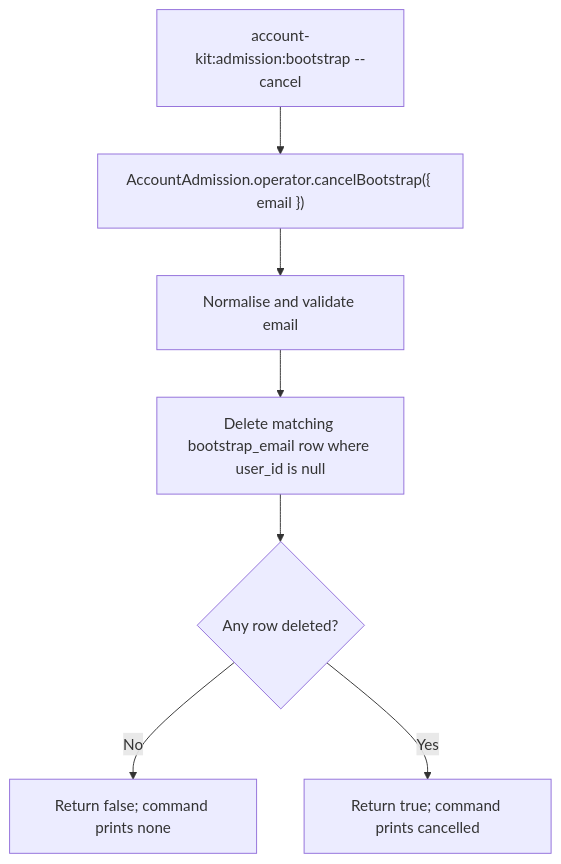
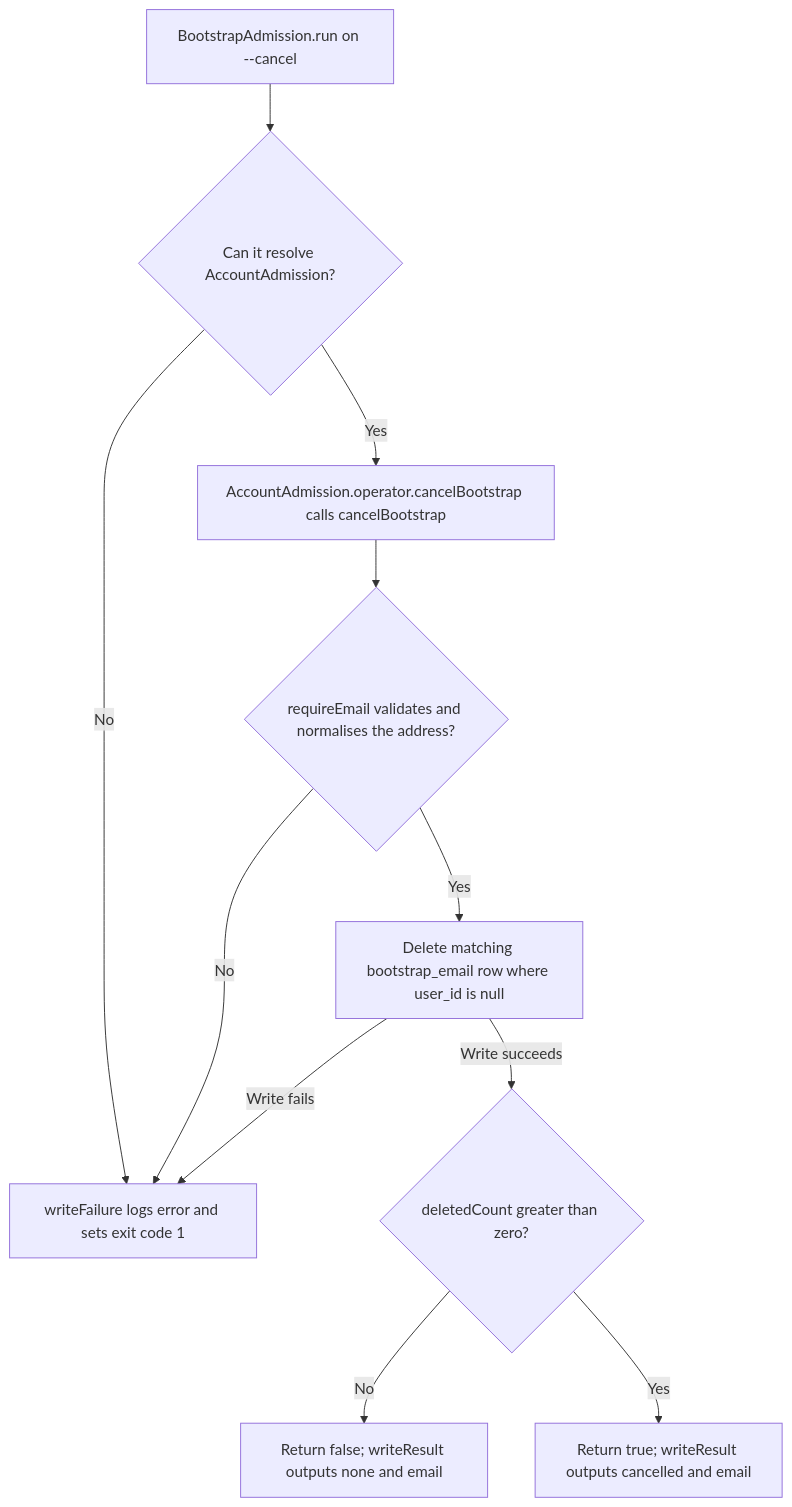
Before and after one commit to Kevinjohn/oss-adonisjs-account-kit: the second of 2 diagrams in user-stories/US-ACCOUNT-47-cancel-admission-bootstrap.md, drawn with Mermaid. The commit also changed other lines of this file and 70 other files, not shown here.

Commit message:
Refresh the Account Kit user story catalogue for 0.6.0

````diff
--- a/user-stories/US-ACCOUNT-47-cancel-admission-bootstrap.md
+++ b/user-stories/US-ACCOUNT-47-cancel-admission-bootstrap.md
@@ -31,9 +34,13 @@
 ```mermaid
 flowchart TD
- A["account-kit:admission:bootstrap --cancel"] --> B["AccountAdmission.operator.cancelBootstrap({ email })"]
- B --> C["Normalise and validate email"]
- C --> D["Delete matching bootstrap_email row where user_id is null"]
- D --> E{"Any row deleted?"}
- E -->|No| F["Return false; command prints none"]
- E -->|Yes| G["Return true; command prints cancelled"]
+ A["BootstrapAdmission.run on --cancel"] --> Y{"Can it resolve AccountAdmission?"}
+ Y -->|No| X
+ Y -->|Yes| B["AccountAdmission.operator.cancelBootstrap calls cancelBootstrap"]
+ B --> C{"requireEmail validates and normalises the address?"}
+ C -->|No| X["writeFailure logs error and sets exit code 1"]
+ C -->|Yes| D["Delete matching bootstrap_email row where user_id is null"]
+ D -->|Write fails| X
+ D -->|Write succeeds| E{"deletedCount greater than zero?"}
+ E -->|No| F["Return false; writeResult outputs none and email"]
+ E -->|Yes| G["Return true; writeResult outputs cancelled and email"]
 ```
````
